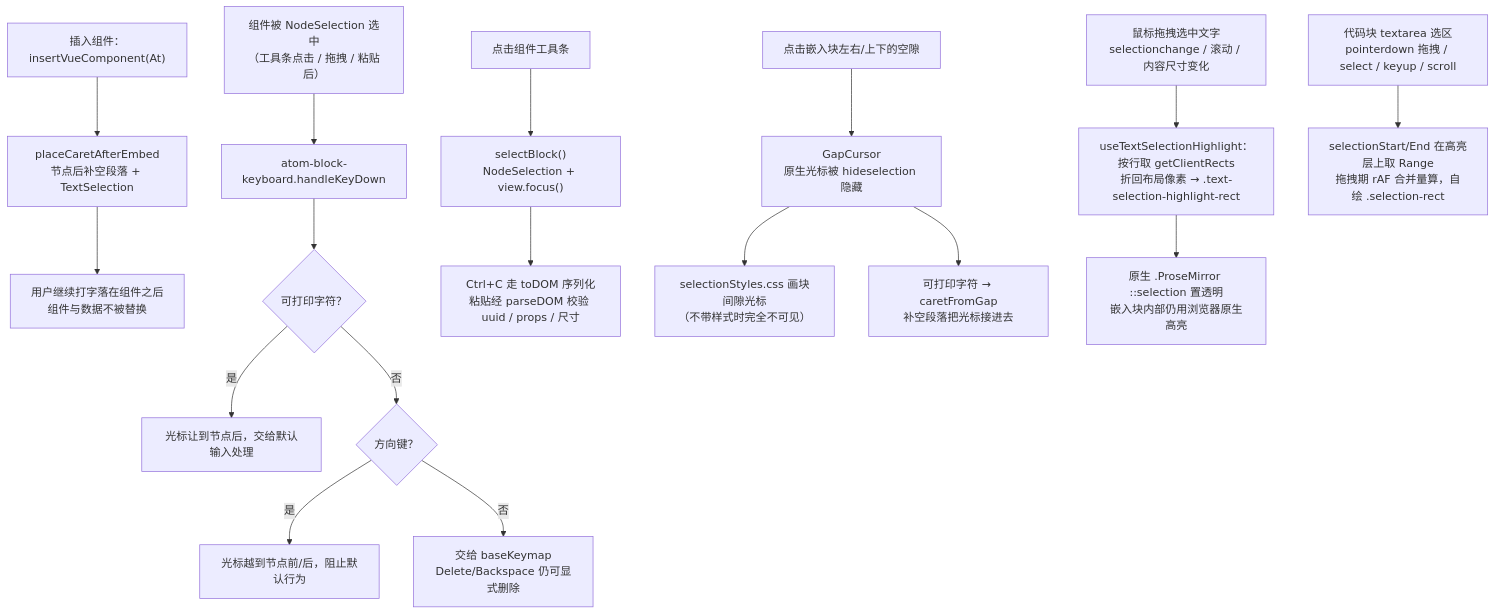
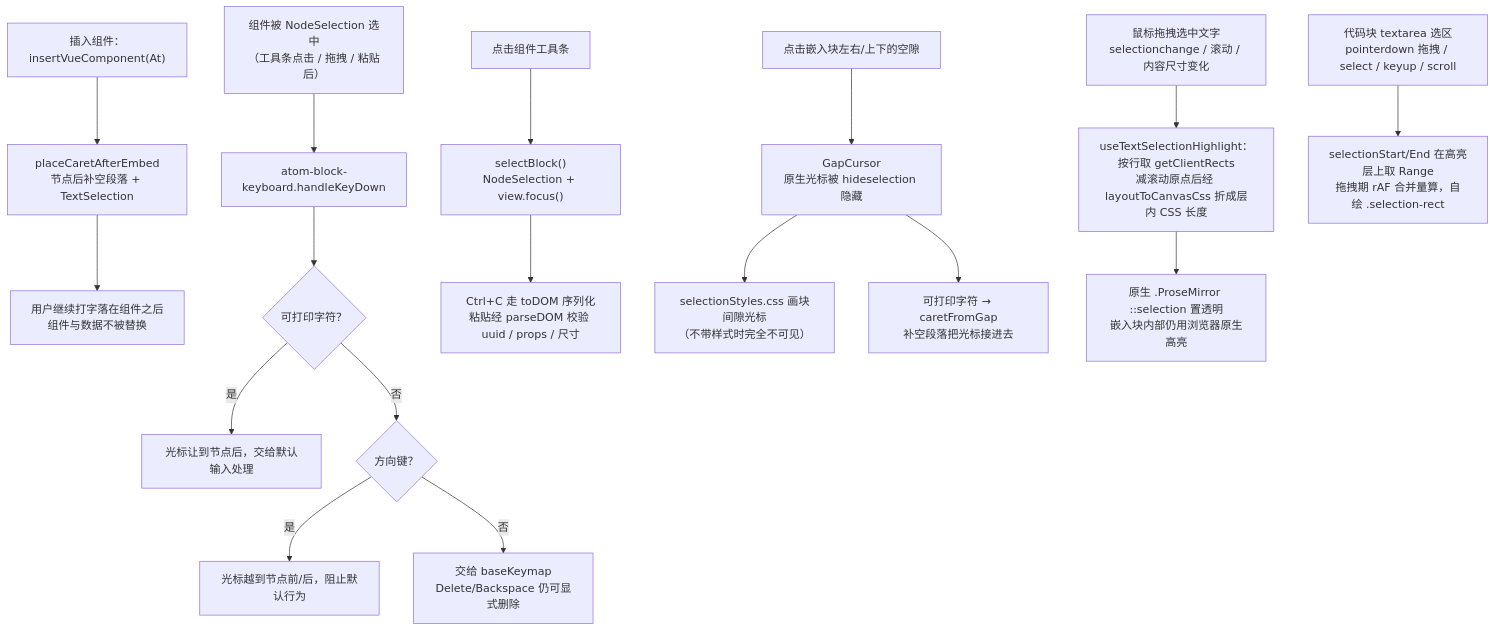
Before and after one commit to LogicAurora/Mindrizzle: the fifth of 5 diagrams in src/docs/flow/07-events-flow.md, drawn with Mermaid. The commit also changed other lines of this file and 6 other files, not shown here.

````diff
--- a/src/docs/flow/07-events-flow.md
+++ b/src/docs/flow/07-events-flow.md
@@ -91,24 +91,24 @@
 ```mermaid
 flowchart TD
   A["插入组件：insertVueComponent(At)"] --> B["placeCaretAfterEmbed<br/>节点后补空段落 + TextSelection"]
   B --> C["用户继续打字落在组件之后<br/>组件与数据不被替换"]
 
   D["组件被 NodeSelection 选中<br/>（工具条点击 / 拖拽 / 粘贴后）"] --> E["atom-block-keyboard.handleKeyDown"]
   E --> F{"可打印字符？"}
   F -->|是| G["光标让到节点后，交给默认输入处理"]
   F -->|否| H{"方向键？"}
   H -->|是| I["光标越到节点前/后，阻止默认行为"]
   H -->|否| J["交给 baseKeymap<br/>Delete/Backspace 仍可显式删除"]
 
   K["点击组件工具条"] --> L["selectBlock()<br/>NodeSelection + view.focus()"]
   L --> M["Ctrl+C 走 toDOM 序列化<br/>粘贴经 parseDOM 校验 uuid / props / 尺寸"]
 
   N["点击嵌入块左右/上下的空隙"] --> O["GapCursor<br/>原生光标被 hideselection 隐藏"]
   O --> P["selectionStyles.css 画块间隙光标<br/>（不带样式时完全不可见）"]
   O --> Q["可打印字符 → caretFromGap<br/>补空段落把光标接进去"]
 
-  R["鼠标拖拽选中文字<br/>selectionchange / 滚动 / 内容尺寸变化"] --> S["useTextSelectionHighlight：按行取 getClientRects<br/>折回布局像素 → .text-selection-highlight-rect"]
+  R["鼠标拖拽选中文字<br/>selectionchange / 滚动 / 内容尺寸变化"] --> S["useTextSelectionHighlight：按行取 getClientRects<br/>减滚动原点后经 layoutToCanvasCss 折成层内 CSS 长度"]
   S --> T["原生 .ProseMirror ::selection 置透明<br/>嵌入块内部仍用浏览器原生高亮"]
 
   U["代码块 textarea 选区<br/>pointerdown 拖拽 / select / keyup / scroll"] --> V["selectionStart/End 在高亮层上取 Range<br/>拖拽期 rAF 合并量算，自绘 .selection-rect"]
 ```
````
